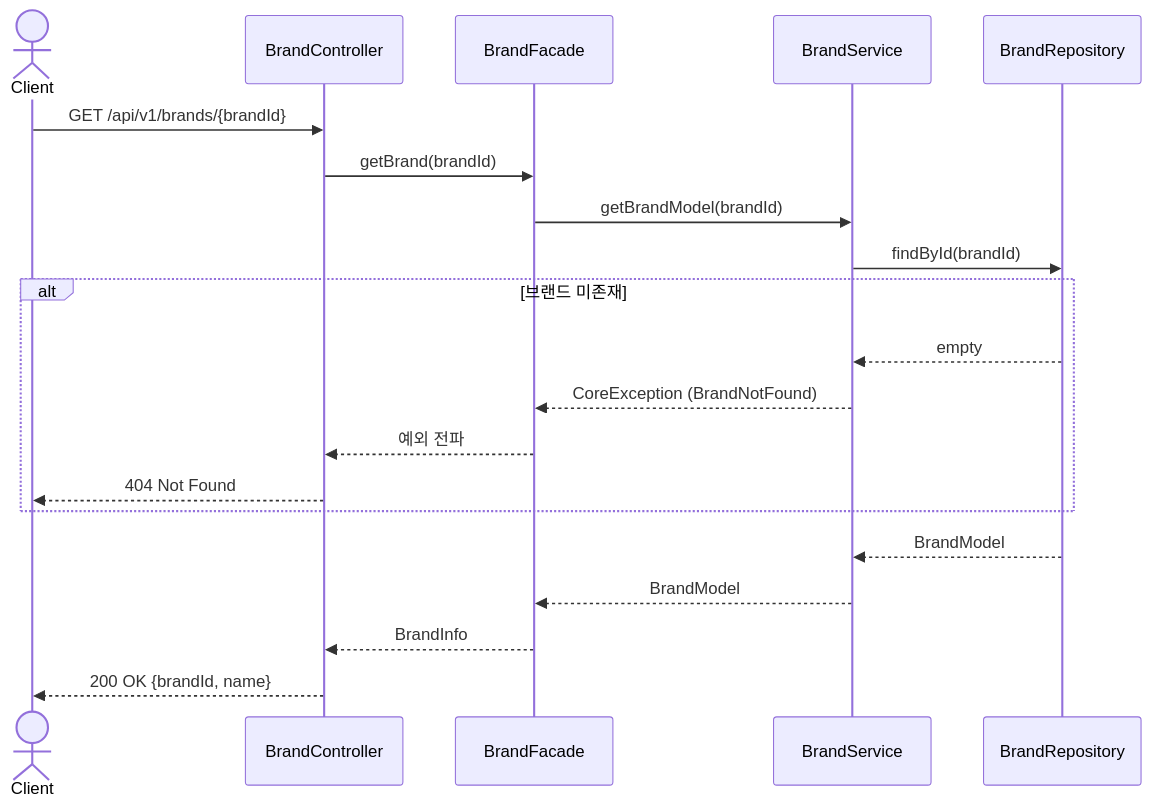
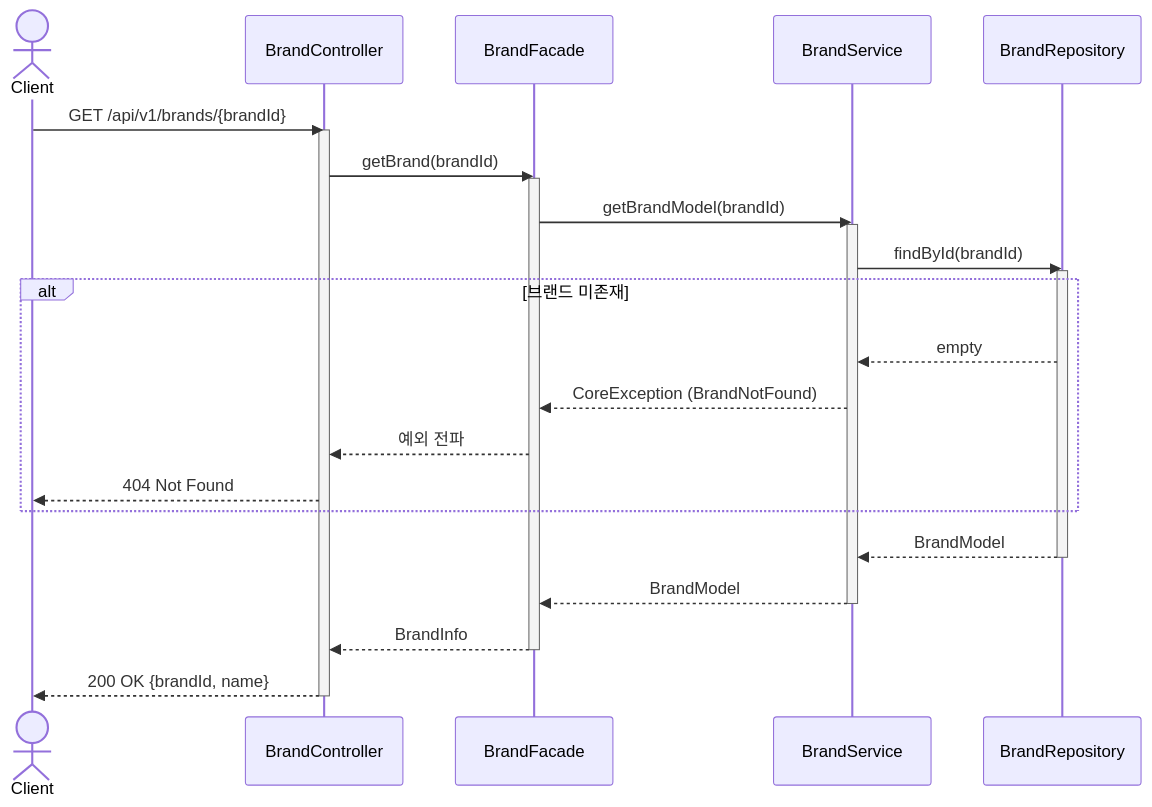
One commit to loopers-labs/loop-pack-be-l2-vol4-java changed the fourth of 25 diagrams in .docs/design/02-sequence-diagrams.md. Above: the diagram before and after it, drawn with Mermaid. The commit also changed other lines of this file and 5 other files, not shown here.

````diff
--- a/.docs/design/02-sequence-diagrams.md
+++ b/.docs/design/02-sequence-diagrams.md
@@ -184,25 +232,33 @@
 ```mermaid
 sequenceDiagram
     actor Client
     participant BC as BrandController
     participant BF as BrandFacade
     participant BS as BrandService
     participant BR as BrandRepository
 
     Client->>BC: GET /api/v1/brands/{brandId}
+    activate BC
 
     BC->>BF: getBrand(brandId)
+    activate BF
     BF->>BS: getBrandModel(brandId)
+    activate BS
     BS->>BR: findById(brandId)
+    activate BR
     alt 브랜드 미존재
         BR-->>BS: empty
         BS-->>BF: CoreException (BrandNotFound)
         BF-->>BC: 예외 전파
         BC-->>Client: 404 Not Found
     end
     BR-->>BS: BrandModel
+    deactivate BR
     BS-->>BF: BrandModel
+    deactivate BS
 
     BF-->>BC: BrandInfo
+    deactivate BF
     BC-->>Client: 200 OK {brandId, name}
+    deactivate BC
 ```
````
